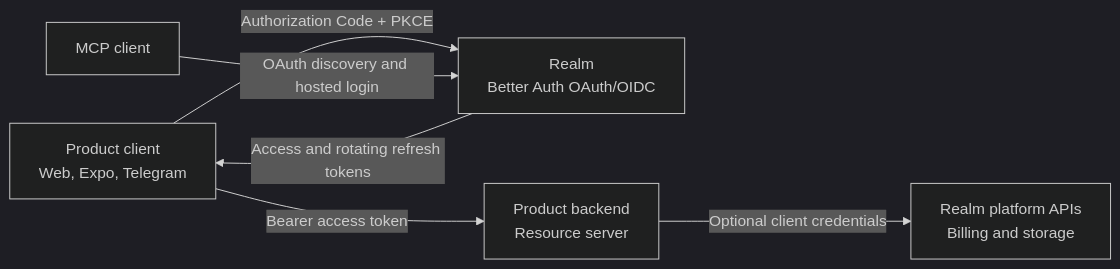
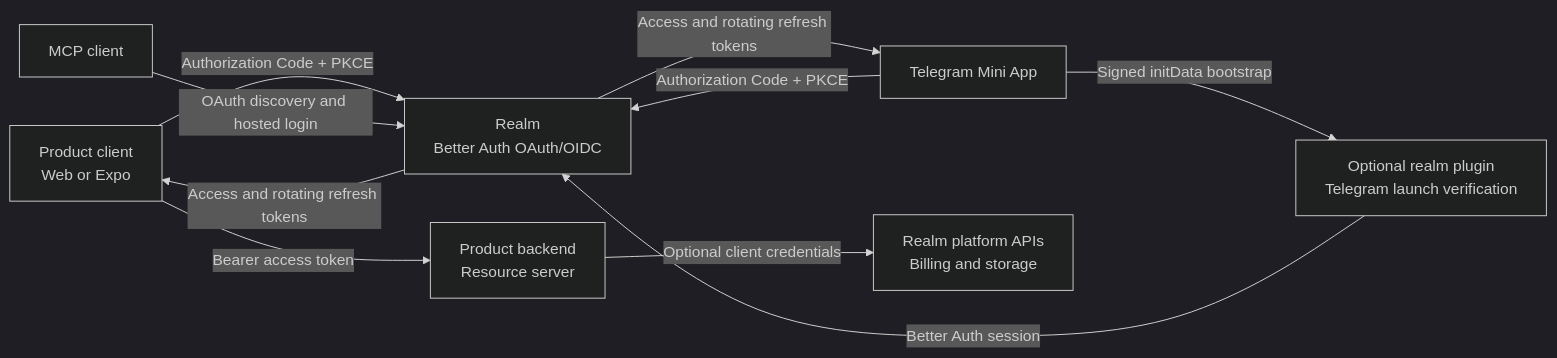
Before and after one commit to nezdemkovski/auth: the diagram in docs/AUTH_SDK_DESIGN.md, drawn with Mermaid (dark theme). The commit also changed other lines of this file and 50 other files, not shown here.

Commit message:
feat(auth): add realm-scoped Telegram Mini App login

````diff
--- a/docs/AUTH_SDK_DESIGN.md
+++ b/docs/AUTH_SDK_DESIGN.md
@@ -87,14 +90,20 @@
 ```mermaid
 flowchart LR
-  App["Product client\nWeb, Expo, Telegram"]
+  App["Product client\nWeb or Expo"]
+  Telegram["Telegram Mini App"]
+  TelegramPlugin["Optional realm plugin\nTelegram launch verification"]
   Auth["Realm\nBetter Auth OAuth/OIDC"]
   API["Product backend\nResource server"]
   Platform["Realm platform APIs\nBilling and storage"]
   MCP["MCP client"]
 
   App -->|"Authorization Code + PKCE"| Auth
   Auth -->|"Access and rotating refresh tokens"| App
+  Telegram -->|"Signed initData bootstrap"| TelegramPlugin
+  TelegramPlugin -->|"Better Auth session"| Auth
+  Telegram -->|"Authorization Code + PKCE"| Auth
+  Auth -->|"Access and rotating refresh tokens"| Telegram
   App -->|"Bearer access token"| API
   API -->|"Optional client credentials"| Platform
   MCP -->|"OAuth discovery and hosted login"| Auth
 ```
````
